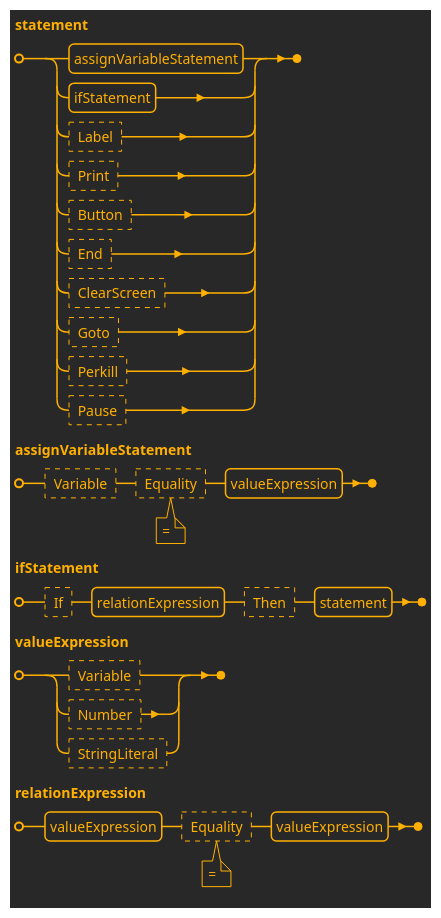
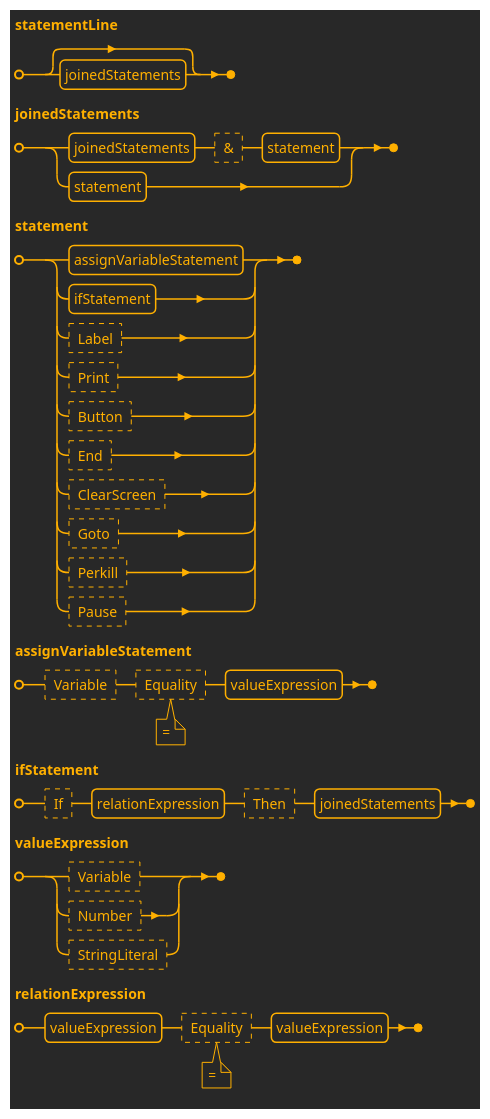
Before and after one commit to realsonic/MURQ: the first of 3 diagrams in Application/MURQ.URQL/docs/URQL Lines Syntax.md, drawn with PlantUML. The commit also changed other lines of this file and 9 other files, not shown here.

````diff
--- a/Application/MURQ.URQL/docs/URQL Lines Syntax.md
+++ b/Application/MURQ.URQL/docs/URQL Lines Syntax.md
@@ -2,25 +2,31 @@
 ```plantuml
 @startebnf URQL Line
 !theme crt-amber
 
-statement = 
-      assignVariableStatement
-    | ifStatement
-    | ? Label ?
-    | ? Print ?
-    | ? Button ?
-    | ? End ?
-    | ? ClearScreen ?
-    | ? Goto ?
-    | ? Perkill ?
-    | ? Pause ?;
+statementLine = [ joinedStatements ];
+
+joinedStatements = 
+      joinedStatements, ? & ?, statement
+    | statement;
+
+statement =
+    assignVariableStatement
+  | ifStatement
+  | ? Label ?
+  | ? Print ?
+  | ? Button ?
+  | ? End ?
+  | ? ClearScreen ?
+  | ? Goto ?
+  | ? Perkill ?
+  | ? Pause ?;
 
 assignVariableStatement = ? Variable ?,  ? Equality ? (*""=""*), valueExpression;
 
-ifStatement = ? If ?, relationExpression, ? Then ?, statement;
+ifStatement = ? If ?, relationExpression, ? Then ?, joinedStatements;
 
 valueExpression = ? Variable ? | ? Number ? | ? StringLiteral ?;
 
 relationExpression = valueExpression, ? Equality ? (*""=""*), valueExpression;
 @endebnf
 ```
````
